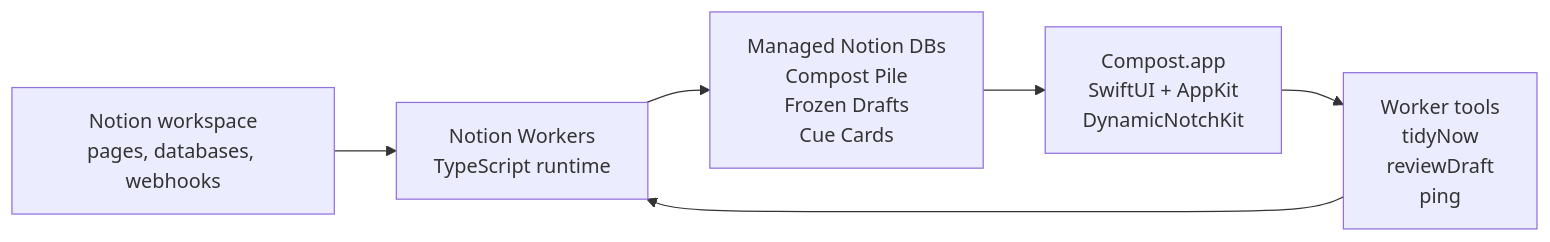
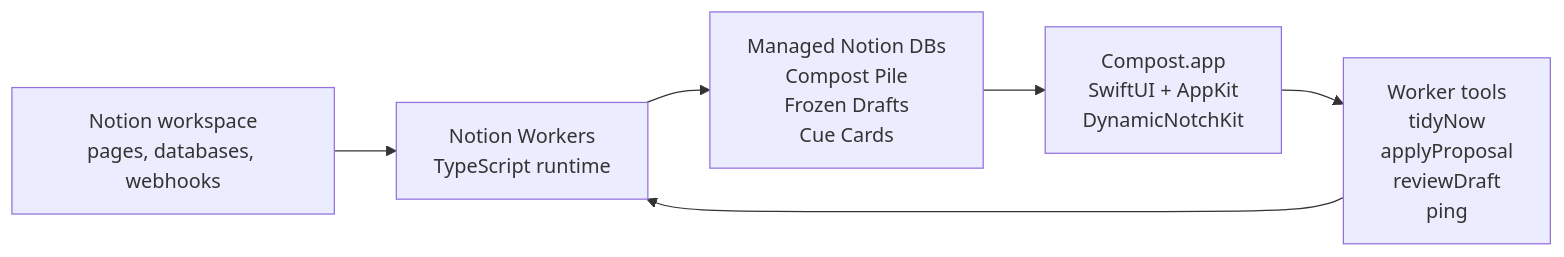
Before and after one commit to rakeshreddyd56/compost: the diagram in README.md, drawn with Mermaid. The commit also changed other lines of this file and 10 other files, not shown here.

````diff
--- a/README.md
+++ b/README.md
@@ -104,8 +104,8 @@
 ```mermaid
 flowchart LR
   Notion["Notion workspace<br/>pages, databases, webhooks"] --> Workers["Notion Workers<br/>TypeScript runtime"]
   Workers --> DBs["Managed Notion DBs<br/>Compost Pile<br/>Frozen Drafts<br/>Cue Cards"]
   DBs --> App["Compost.app<br/>SwiftUI + AppKit<br/>DynamicNotchKit"]
-  App --> Tools["Worker tools<br/>tidyNow<br/>reviewDraft<br/>ping"]
+  App --> Tools["Worker tools<br/>tidyNow<br/>applyProposal<br/>reviewDraft<br/>ping"]
   Tools --> Workers
 ```
````
